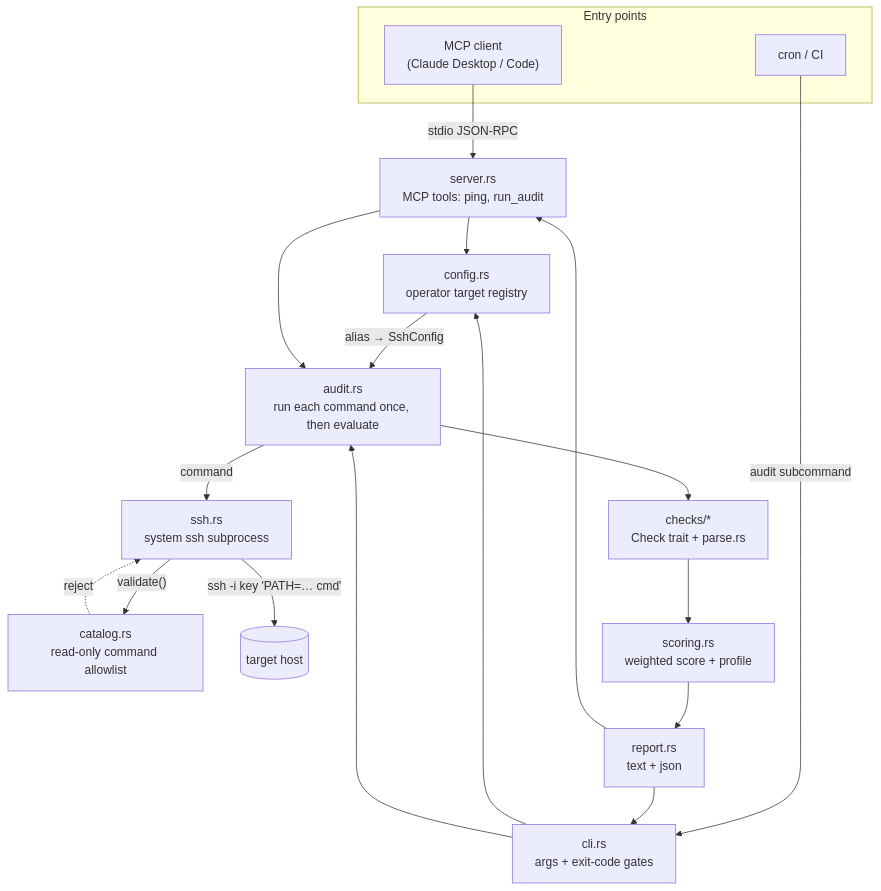
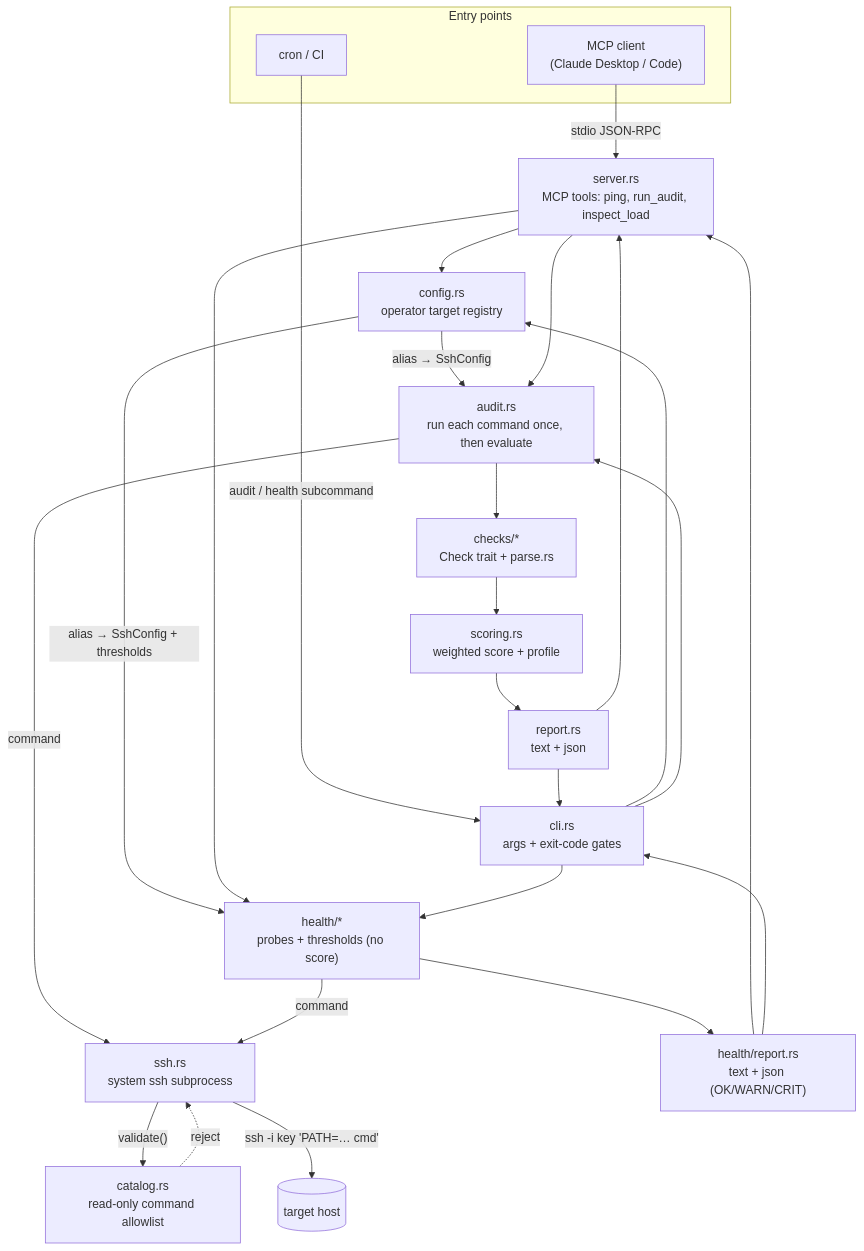
One commit to idesyatov/linux-audit-mcp changed the first of 2 diagrams in docs/ARCHITECTURE.md. Above: the diagram before and after it, drawn with Mermaid. The commit also changed other lines of this file and 31 other files, not shown here.

Commit message:
feat: operational-health snapshot (inspect_load tool + health CLI); read-only, kept out of the security score

````diff
--- a/docs/ARCHITECTURE.md
+++ b/docs/ARCHITECTURE.md
@@ -11,28 +18,35 @@
 ```mermaid
 flowchart TB
     subgraph clients["Entry points"]
       MCP["MCP client<br/>(Claude Desktop / Code)"]
       CRON["cron / CI"]
     end
 
-    MCP -->|"stdio JSON-RPC"| SERVER["server.rs<br/>MCP tools: ping, run_audit"]
-    CRON -->|"audit subcommand"| CLI["cli.rs<br/>args + exit-code gates"]
+    MCP -->|"stdio JSON-RPC"| SERVER["server.rs<br/>MCP tools: ping, run_audit, inspect_load"]
+    CRON -->|"audit / health subcommand"| CLI["cli.rs<br/>args + exit-code gates"]
 
     SERVER --> CFG["config.rs<br/>operator target registry"]
     CLI --> CFG
     CFG -->|"alias → SshConfig"| AUDIT
+    CFG -->|"alias → SshConfig + thresholds"| HEALTH
 
     SERVER --> AUDIT["audit.rs<br/>run each command once, then evaluate"]
     CLI --> AUDIT
+    SERVER --> HEALTH["health/*<br/>probes + thresholds (no score)"]
+    CLI --> HEALTH
 
     AUDIT --> CHECKS["checks/*<br/>Check trait + parse.rs"]
     AUDIT -->|"command"| SSH["ssh.rs<br/>system ssh subprocess"]
+    HEALTH -->|"command"| SSH
     SSH -->|"validate()"| CAT["catalog.rs<br/>read-only command allowlist"]
     CAT -.->|"reject"| SSH
     SSH -->|"ssh -i key 'PATH=… cmd'"| HOST[("target host")]
 
     CHECKS --> SCORE["scoring.rs<br/>weighted score + profile"]
     SCORE --> REPORT["report.rs<br/>text + json"]
+    HEALTH --> HREPORT["health/report.rs<br/>text + json (OK/WARN/CRIT)"]
     REPORT --> SERVER
     REPORT --> CLI
+    HREPORT --> SERVER
+    HREPORT --> CLI
 ```
````
